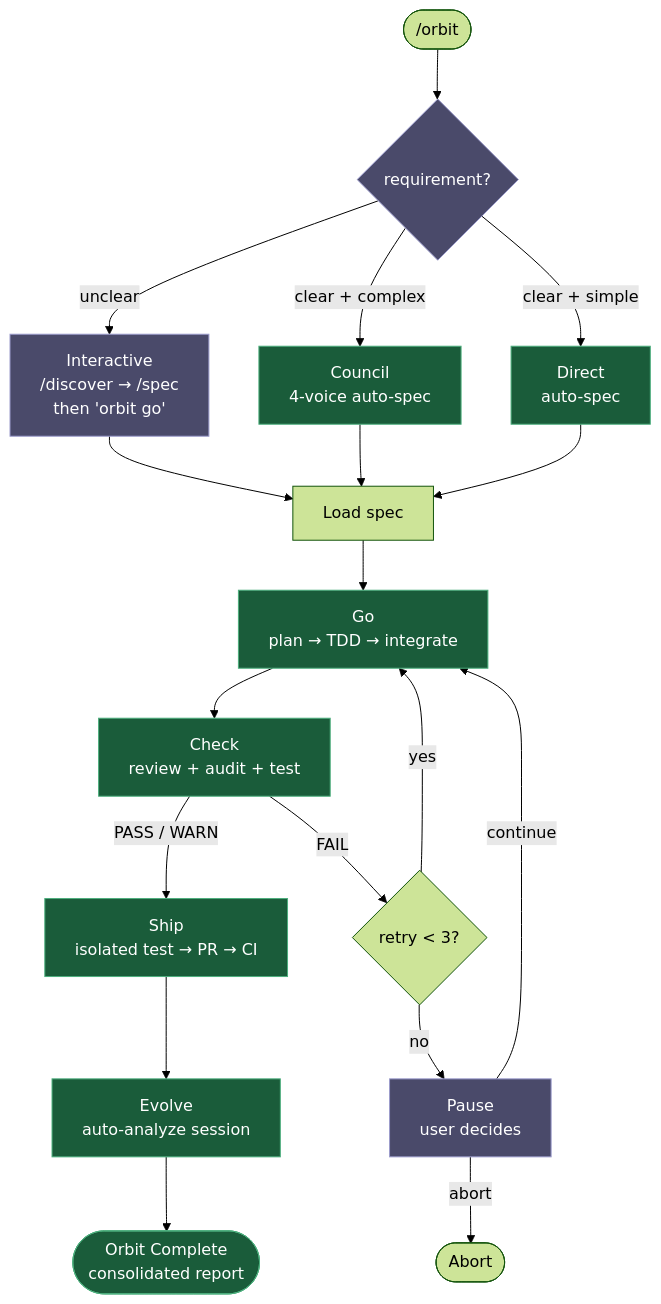
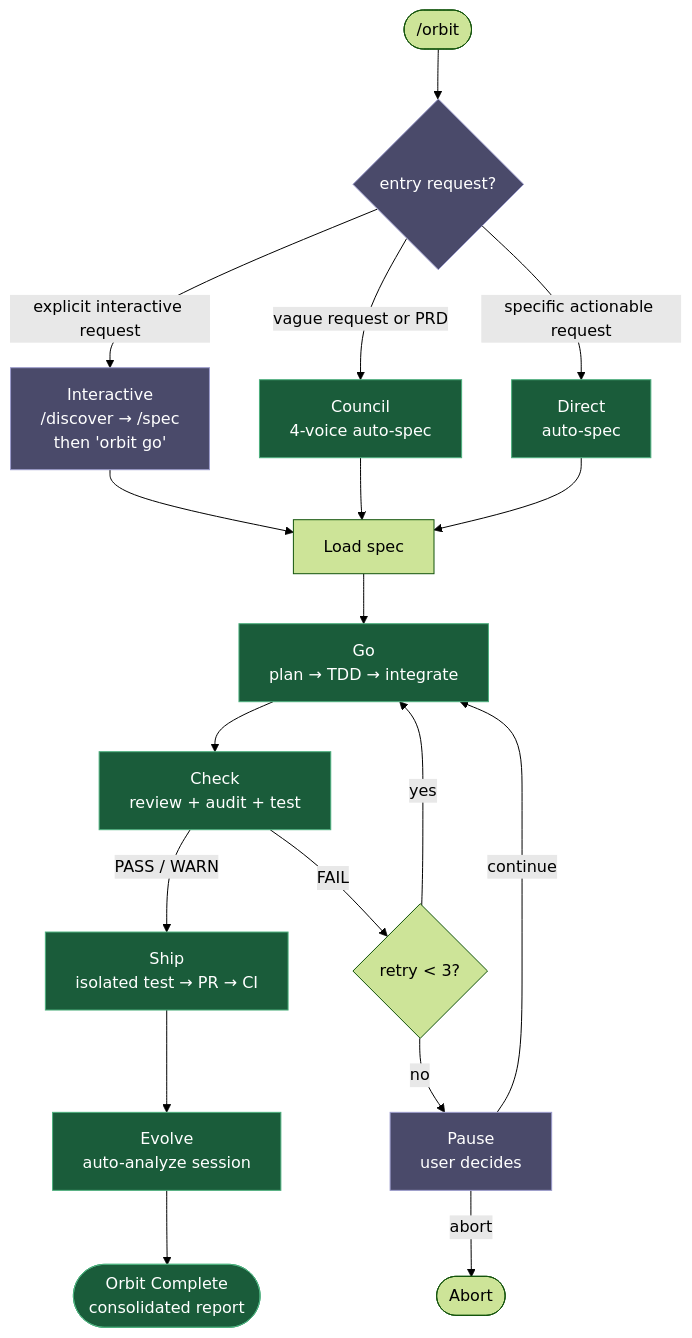
The first of 2 diagrams in README.md (epicsagas/epic-harness), drawn with Mermaid (forest theme) before and after one commit. The commit also changed other lines of this file and 8 other files, not shown here.

````diff
--- a/README.md
+++ b/README.md
@@ -197,23 +197,23 @@
 ```mermaid
 flowchart TD
-    START(["/orbit"]) --> MODE{"requirement?"}:::human
-    MODE -->|"unclear"| WAIT["Interactive\n/discover → /spec\nthen 'orbit go'"]:::human
-    MODE -->|"clear + complex"| COUNCIL["Council\n4-voice auto-spec"]:::auto
-    MODE -->|"clear + simple"| DIRECT["Direct\nauto-spec"]:::auto
+    START(["/orbit"]) --> MODE{"entry request?"}:::human
+    MODE -->|"explicit interactive request"| WAIT["Interactive\n/discover → /spec\nthen 'orbit go'"]:::human
+    MODE -->|"vague request or PRD"| COUNCIL["Council\n4-voice auto-spec"]:::auto
+    MODE -->|"specific actionable request"| DIRECT["Direct\nauto-spec"]:::auto
     WAIT --> SPEC_LOAD["Load spec"]
     COUNCIL --> SPEC_LOAD
     DIRECT --> SPEC_LOAD
     SPEC_LOAD --> GO["Go\nplan → TDD → integrate"]:::auto
     GO --> CHECK["Check\nreview + audit + test"]:::auto
     CHECK -->|"PASS / WARN"| SHIP["Ship\nisolated test → PR → CI"]:::auto
     CHECK -->|FAIL| RETRY{"retry < 3?"}
     RETRY -->|yes| GO
     RETRY -->|no| PAUSE["Pause\nuser decides"]:::human
     PAUSE -->|continue| GO
     PAUSE -->|abort| ABORT(["Abort"])
     SHIP --> EVOLVE["Evolve\nauto-analyze session"]:::auto
     EVOLVE --> DONE(["Orbit Complete\nconsolidated report"]):::auto
 
     classDef human fill:#4a4a6a,stroke:#9b9bcc,color:#fff
     classDef auto  fill:#1a5c3a,stroke:#4caf7d,color:#fff
 ```
````
